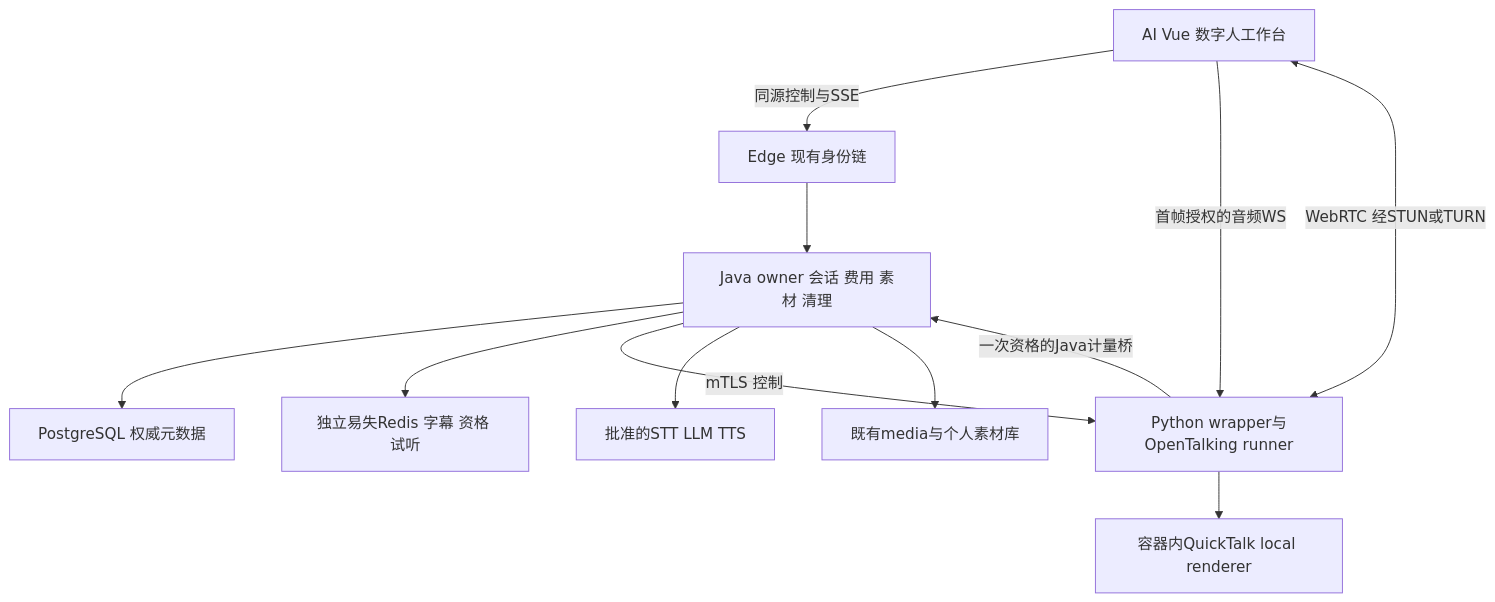
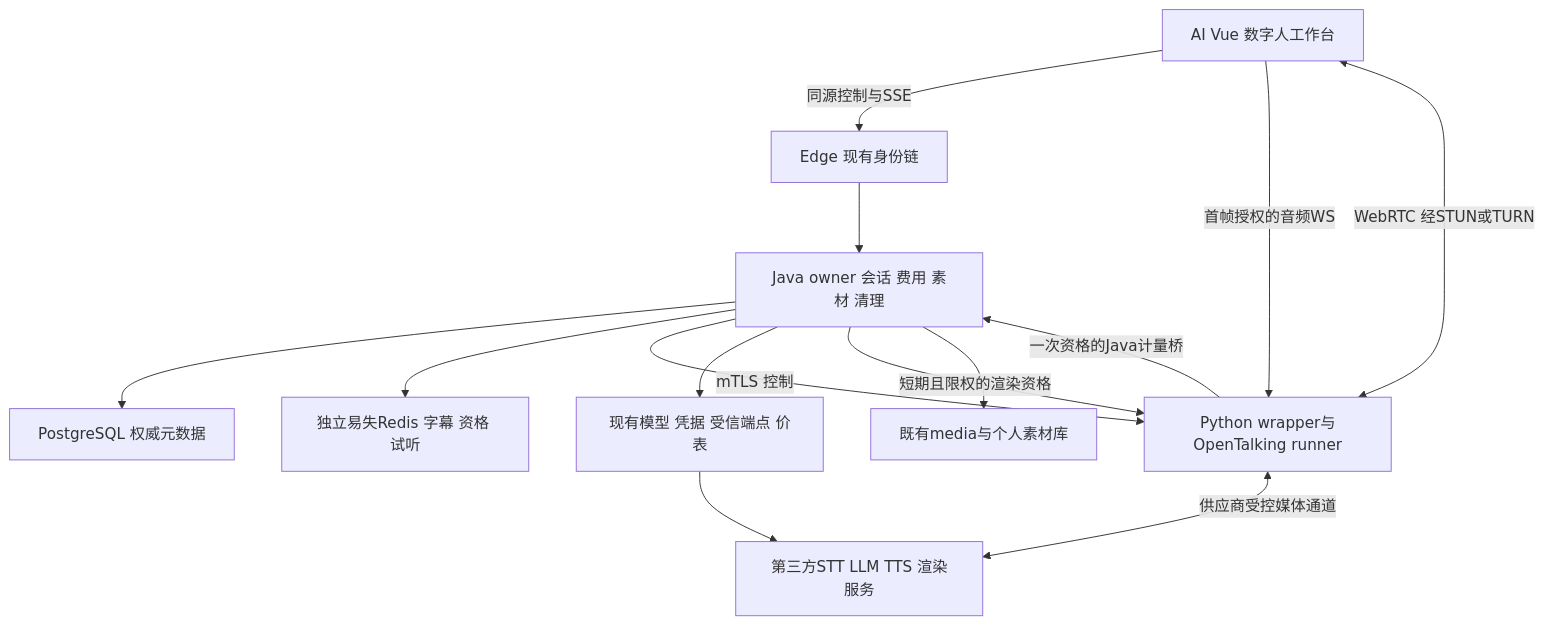
The second of 2 diagrams in docs/任务书/草场任务书-105-数字人工作台开发计划.md (LXHeart/y-1), drawn with Mermaid before and after one commit. The commit also changed other lines of this file and 41 other files, not shown here.

````diff
--- a/docs/任务书/草场任务书-105-数字人工作台开发计划.md
+++ b/docs/任务书/草场任务书-105-数字人工作台开发计划.md
@@ -79,14 +83,16 @@
 ```mermaid
 flowchart TD
     UI[AI Vue 数字人工作台] -->|同源控制与SSE| EDGE[Edge 现有身份链]
     EDGE --> JAVA[Java owner 会话 费用 素材 清理]
     JAVA --> DB[PostgreSQL 权威元数据]
     JAVA --> VOL[独立易失Redis 字幕 资格 试听]
     JAVA -->|mTLS 控制| RT[Python wrapper与OpenTalking runner]
     RT -->|一次资格的Java计量桥| JAVA
-    JAVA --> PROVIDER[批准的STT LLM TTS]
+    JAVA --> CONFIG[现有模型 凭据 受信端点 价表]
+    CONFIG --> PROVIDER[第三方STT LLM TTS 渲染服务]
     UI -->|首帧授权的音频WS| RT
-    RT --> LOCAL[容器内QuickTalk local renderer]
+    JAVA -->|短期且限权的渲染资格| RT
+    RT <-->|供应商受控媒体通道| PROVIDER
     RT <-->|WebRTC 经STUN或TURN| UI
     JAVA --> ASSET[既有media与个人素材库]
 ```
````
